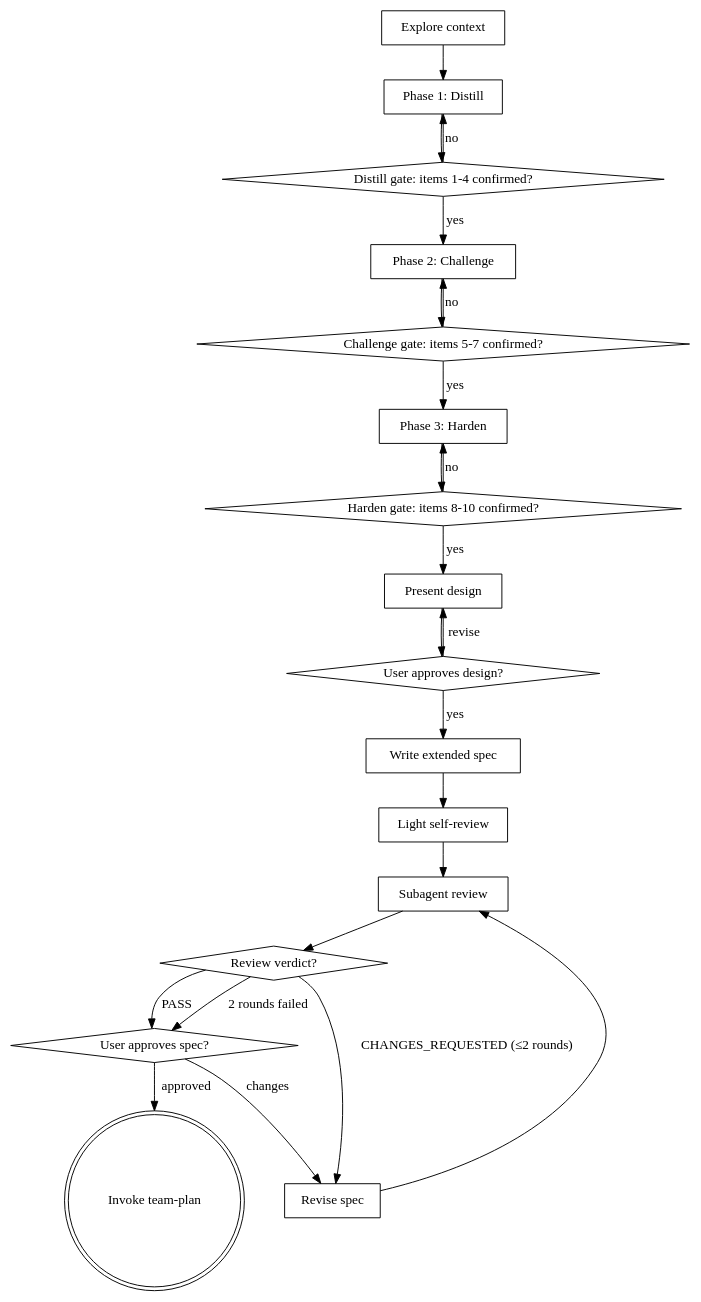
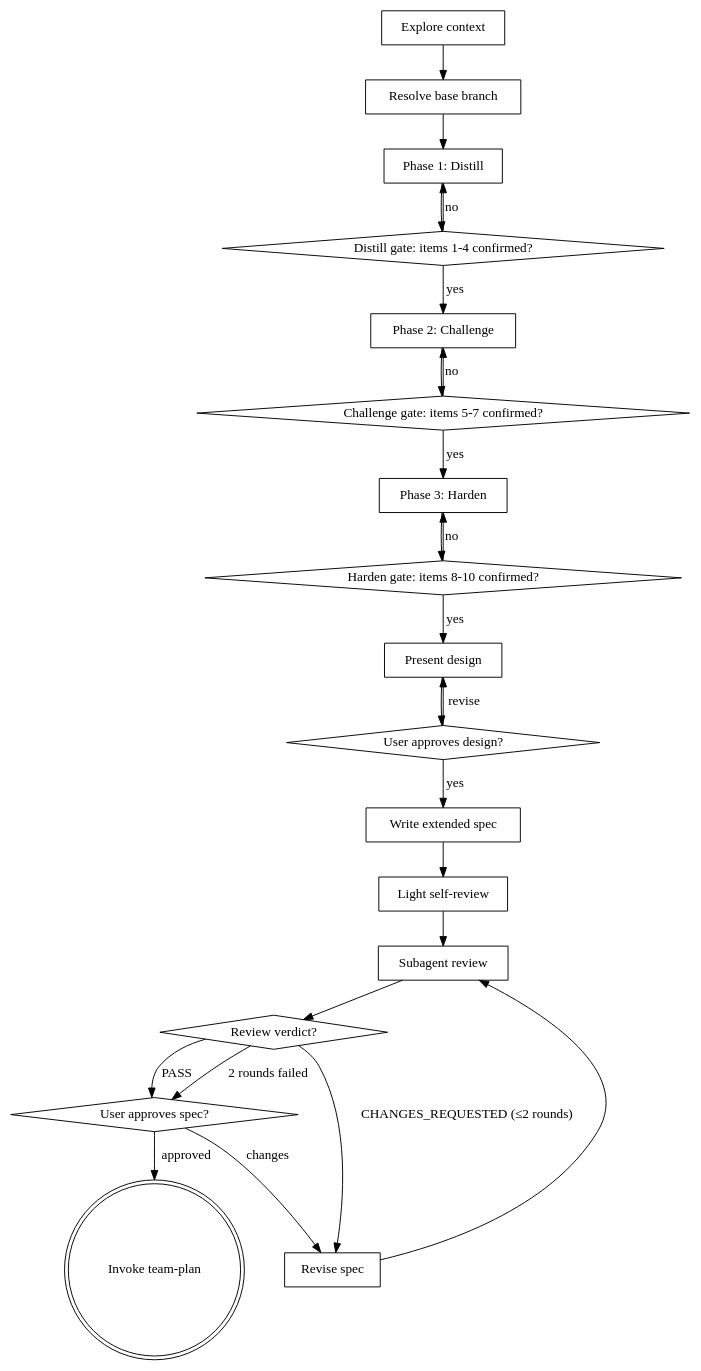
Before and after one commit to rat-siem/team-driven-development: the diagram in skills/deep-brainstorm/SKILL.md, drawn with Graphviz. The commit also changed 2 other files, not shown here.

Commit message:
docs(skills): add Resolve base branch node to Process Flow diagrams
Address reviewer R-1 observational finding: Process Flow dot
diagrams in quick-brainstorm, deep-brainstorm, and team-plan
were not updated when the new Resolve base branch checklist
step was inserted. The Checklist remains authoritative; this
keeps the visual aid consistent.

````diff
--- a/skills/deep-brainstorm/SKILL.md
+++ b/skills/deep-brainstorm/SKILL.md
@@ -50,43 +50,45 @@
 ```dot
 digraph deep_brainstorm {
     "Explore context" [shape=box];
+    "Resolve base branch" [shape=box];
     "Phase 1: Distill" [shape=box];
     "Distill gate: items 1-4 confirmed?" [shape=diamond];
     "Phase 2: Challenge" [shape=box];
     "Challenge gate: items 5-7 confirmed?" [shape=diamond];
     "Phase 3: Harden" [shape=box];
     "Harden gate: items 8-10 confirmed?" [shape=diamond];
     "Present design" [shape=box];
     "User approves design?" [shape=diamond];
     "Write extended spec" [shape=box];
     "Light self-review" [shape=box];
     "Subagent review" [shape=box];
     "Review verdict?" [shape=diamond];
     "Revise spec" [shape=box];
     "User approves spec?" [shape=diamond];
     "Invoke team-plan" [shape=doublecircle];
 
-    "Explore context" -> "Phase 1: Distill";
+    "Explore context" -> "Resolve base branch";
+    "Resolve base branch" -> "Phase 1: Distill";
     "Phase 1: Distill" -> "Distill gate: items 1-4 confirmed?";
     "Distill gate: items 1-4 confirmed?" -> "Phase 1: Distill" [label="no"];
     "Distill gate: items 1-4 confirmed?" -> "Phase 2: Challenge" [label="yes"];
     "Phase 2: Challenge" -> "Challenge gate: items 5-7 confirmed?";
     "Challenge gate: items 5-7 confirmed?" -> "Phase 2: Challenge" [label="no"];
     "Challenge gate: items 5-7 confirmed?" -> "Phase 3: Harden" [label="yes"];
     "Phase 3: Harden" -> "Harden gate: items 8-10 confirmed?";
     "Harden gate: items 8-10 confirmed?" -> "Phase 3: Harden" [label="no"];
     "Harden gate: items 8-10 confirmed?" -> "Present design" [label="yes"];
     "Present design" -> "User approves design?";
     "User approves design?" -> "Present design" [label="revise"];
     "User approves design?" -> "Write extended spec" [label="yes"];
     "Write extended spec" -> "Light self-review";
     "Light self-review" -> "Subagent review";
     "Subagent review" -> "Review verdict?";
     "Review verdict?" -> "Revise spec" [label="CHANGES_REQUESTED (≤2 rounds)"];
     "Revise spec" -> "Subagent review";
     "Review verdict?" -> "User approves spec?" [label="PASS"];
     "Review verdict?" -> "User approves spec?" [label="2 rounds failed"];
     "User approves spec?" -> "Revise spec" [label="changes"];
     "User approves spec?" -> "Invoke team-plan" [label="approved"];
 }
 ```
````
